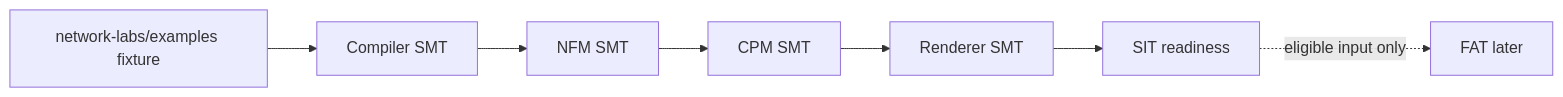
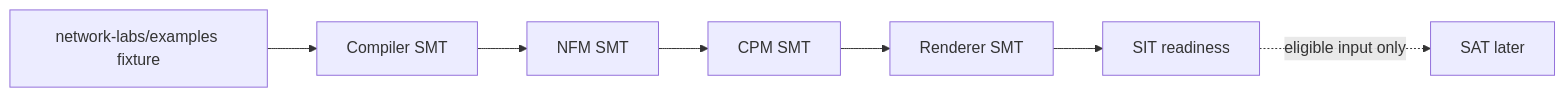
Before and after one commit to esp0xdeadbeef/network-labs: the diagram in tests/SMT.md, drawn with Mermaid. The commit also changed other lines of this file and 34 other files, not shown here.

````diff
--- a/tests/SMT.md
+++ b/tests/SMT.md
@@ -24,9 +24,9 @@
 ```mermaid
 flowchart LR
   EX["network-labs/examples fixture"] --> C["Compiler SMT"]
   C --> N["NFM SMT"]
   N --> P["CPM SMT"]
   P --> R["Renderer SMT"]
   R --> S["SIT readiness"]
-  S -. "eligible input only" .-> F["FAT later"]
+  S -. "eligible input only" .-> F["SAT later"]
 ```
````
